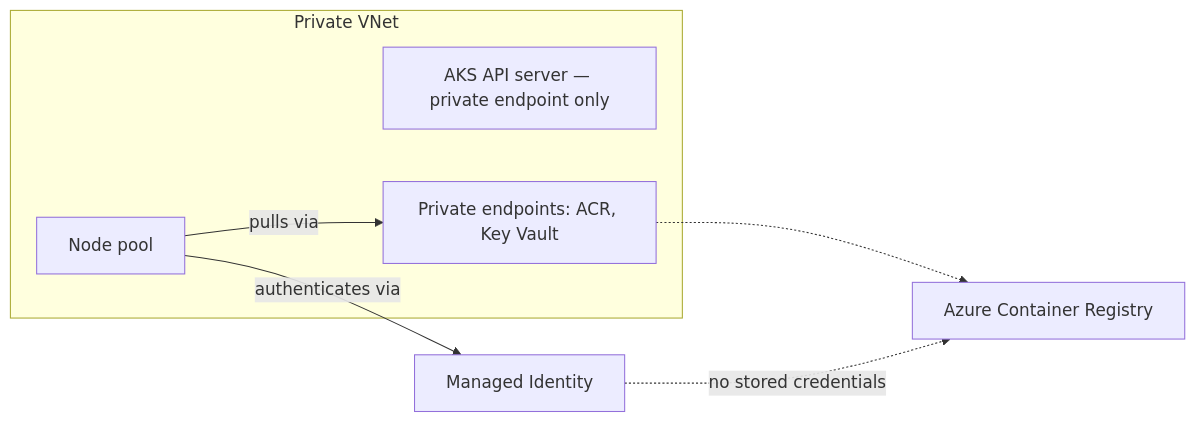
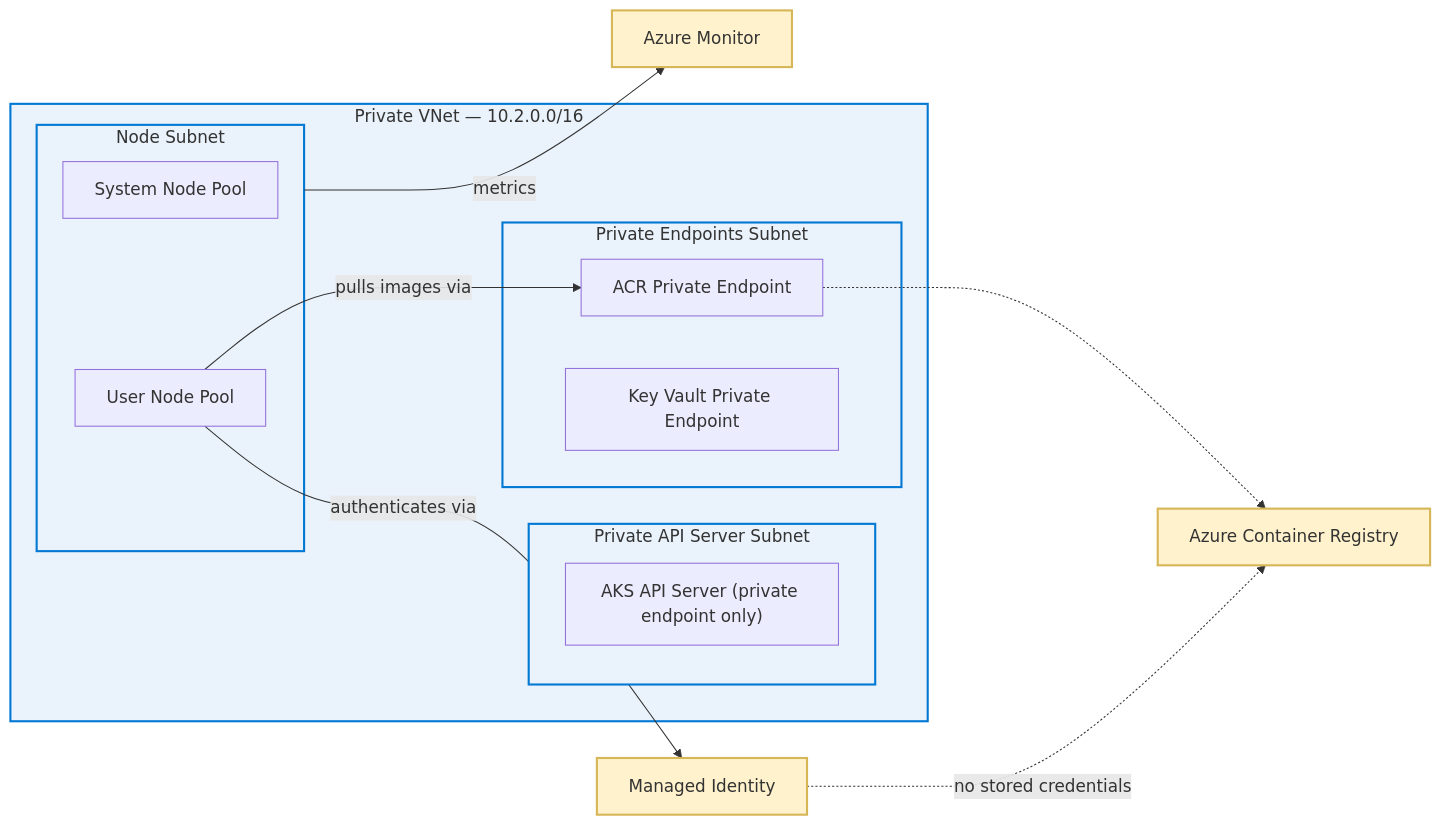
The third of 6 diagrams in README.md (aniket-devop/aniket-devop), drawn with Mermaid before and after one commit. The commit also changed other lines of this file, not shown here.

````diff
--- a/README.md
+++ b/README.md
@@ -111,15 +155,30 @@
 ```mermaid
 flowchart LR
-    subgraph VNET["Private VNet"]
-        API["AKS API server — private endpoint only"]
-        NODES["Node pool"]
-        PE["Private endpoints: ACR, Key Vault"]
+    subgraph VNET["Private VNet — 10.2.0.0/16"]
+        subgraph APISUB["Private API Server Subnet"]
+            API["AKS API Server (private endpoint only)"]
+        end
+        subgraph NODESUB["Node Subnet"]
+            SYS["System Node Pool"]
+            USR["User Node Pool"]
+        end
+        subgraph PESUB["Private Endpoints Subnet"]
+            ACRPE["ACR Private Endpoint"]
+            KVPE["Key Vault Private Endpoint"]
+        end
     end
+    ACR["Azure Container Registry"]
     MI["Managed Identity"]
-    ACR["Azure Container Registry"]
+    MON2["Azure Monitor"]
 
-    NODES -- pulls via --> PE
-    PE -.-> ACR
-    NODES -- authenticates via --> MI
-    MI -. no stored credentials .-> ACR
+    USR -->|pulls images via| ACRPE
+    ACRPE -.-> ACR
+    USR -->|authenticates via| MI
+    MI -.no stored credentials.-> ACR
+    NODESUB -->|metrics| MON2
+
+    classDef vnet fill:#eaf2fb,stroke:#0078D4,stroke-width:2px
+    classDef ext fill:#fff2cc,stroke:#d6b656,stroke-width:2px
+    class VNET,APISUB,NODESUB,PESUB vnet
+    class ACR,MI,MON2 ext
 ```
````
